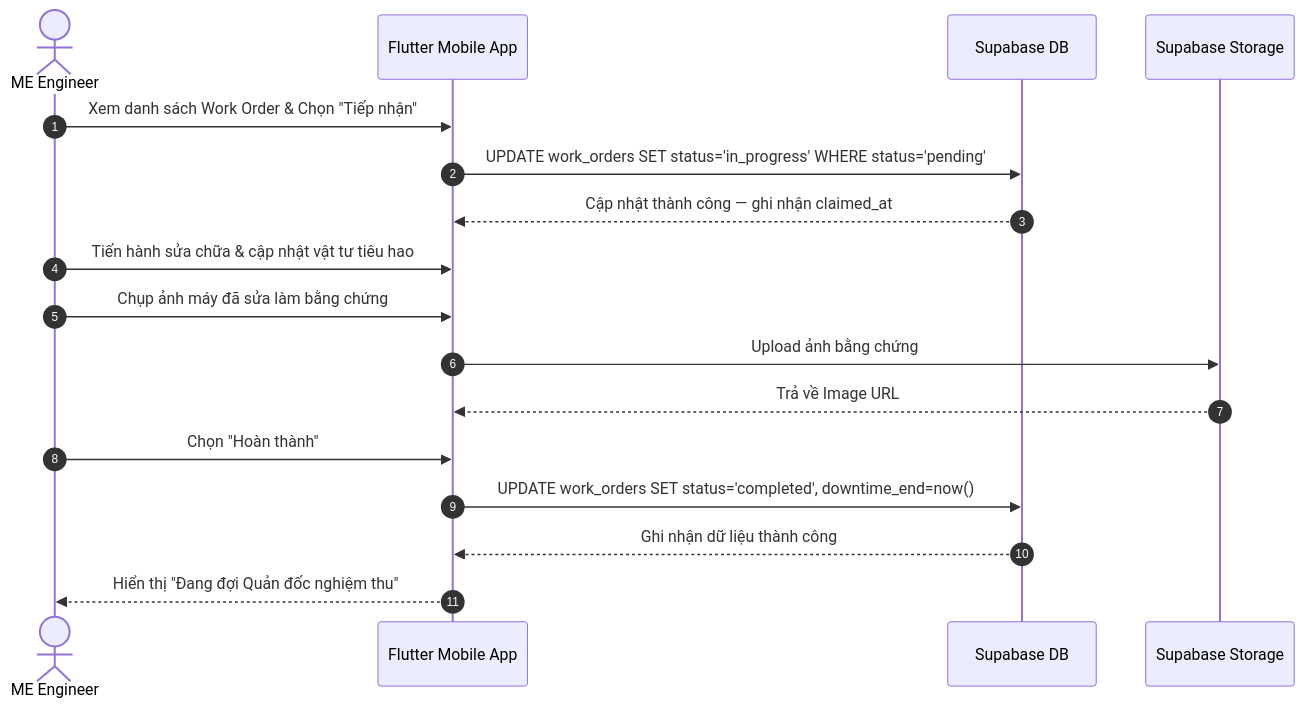
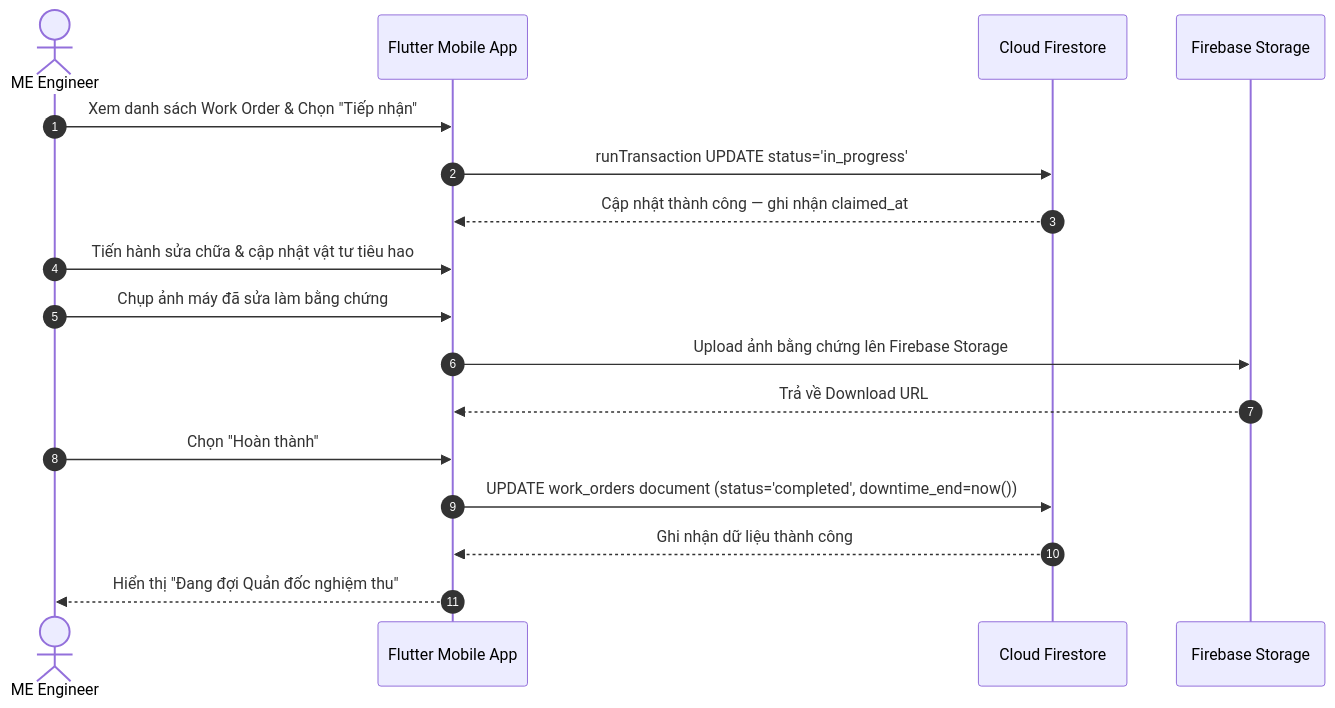
One commit to pvduy23052005/cse441-mobile-asset-track changed the fifth of 12 diagrams in system_design.md. Above: the diagram before and after it, drawn with Mermaid. The commit also changed other lines of this file and 4 other files, not shown here.

Commit message:
feat: update Firebase SAD architecture, Firestore NoSQL data model, and flexible PM UI

````diff
--- a/system_design.md
+++ b/system_design.md
@@ -174,20 +174,20 @@
 ```mermaid
 sequenceDiagram
     autonumber
     actor ME as ME Engineer
     participant App as Flutter Mobile App
-    participant DB as Supabase DB
-    participant Store as Supabase Storage
+    participant DB as Cloud Firestore
+    participant Store as Firebase Storage
 
     ME->>App: Xem danh sách Work Order & Chọn "Tiếp nhận"
-    App->>DB: UPDATE work_orders SET status='in_progress' WHERE status='pending'
+    App->>DB: runTransaction UPDATE status='in_progress'
     DB-->>App: Cập nhật thành công — ghi nhận claimed_at
     ME->>App: Tiến hành sửa chữa & cập nhật vật tư tiêu hao
     ME->>App: Chụp ảnh máy đã sửa làm bằng chứng
-    App->>Store: Upload ảnh bằng chứng
-    Store-->>App: Trả về Image URL
+    App->>Store: Upload ảnh bằng chứng lên Firebase Storage
+    Store-->>App: Trả về Download URL
     ME->>App: Chọn "Hoàn thành"
-    App->>DB: UPDATE work_orders SET status='completed', downtime_end=now()
+    App->>DB: UPDATE work_orders document (status='completed', downtime_end=now())
     DB-->>App: Ghi nhận dữ liệu thành công
     App-->>ME: Hiển thị "Đang đợi Quản đốc nghiệm thu"
 ```
````
